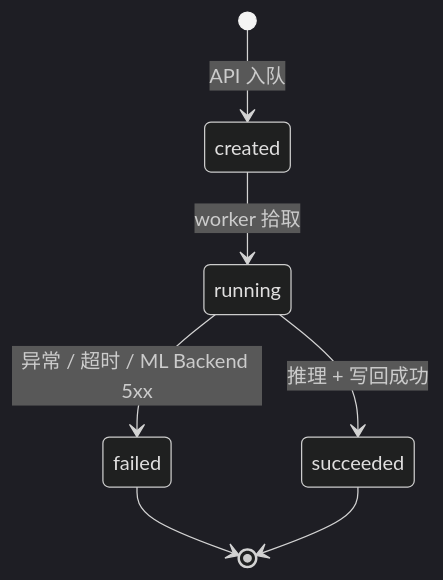
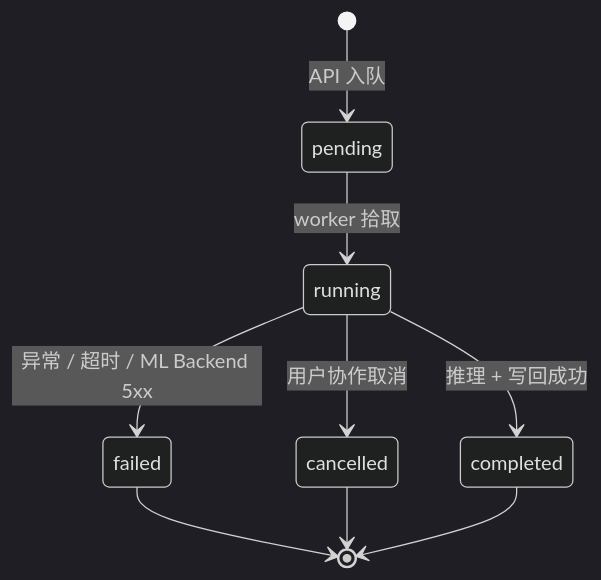
Before and after one commit to yyq19990828/ai-annotation-platform: the first of 2 diagrams in docs-site/dev/concepts/prediction-pipeline.md, drawn with Mermaid (dark theme). The commit also changed other lines of this file and 64 other files, not shown here.

````diff
--- a/docs-site/dev/concepts/prediction-pipeline.md
+++ b/docs-site/dev/concepts/prediction-pipeline.md
@@ -17,9 +19,11 @@
 ```mermaid
 stateDiagram-v2
-  [*] --> created: API 入队
-  created --> running: worker 拾取
-  running --> succeeded: 推理 + 写回成功
+  [*] --> pending: API 入队
+  pending --> running: worker 拾取
+  running --> completed: 推理 + 写回成功
   running --> failed: 异常 / 超时 / ML Backend 5xx
+  running --> cancelled: 用户协作取消
   failed --> [*]
-  succeeded --> [*]
+  cancelled --> [*]
+  completed --> [*]
 ```
````
